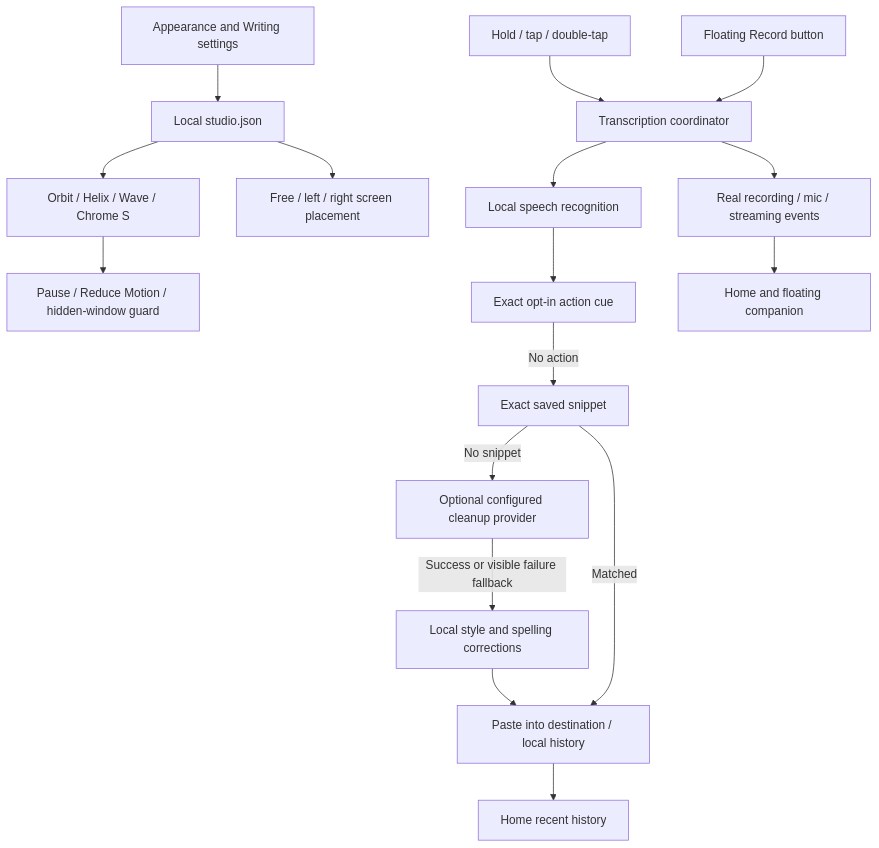
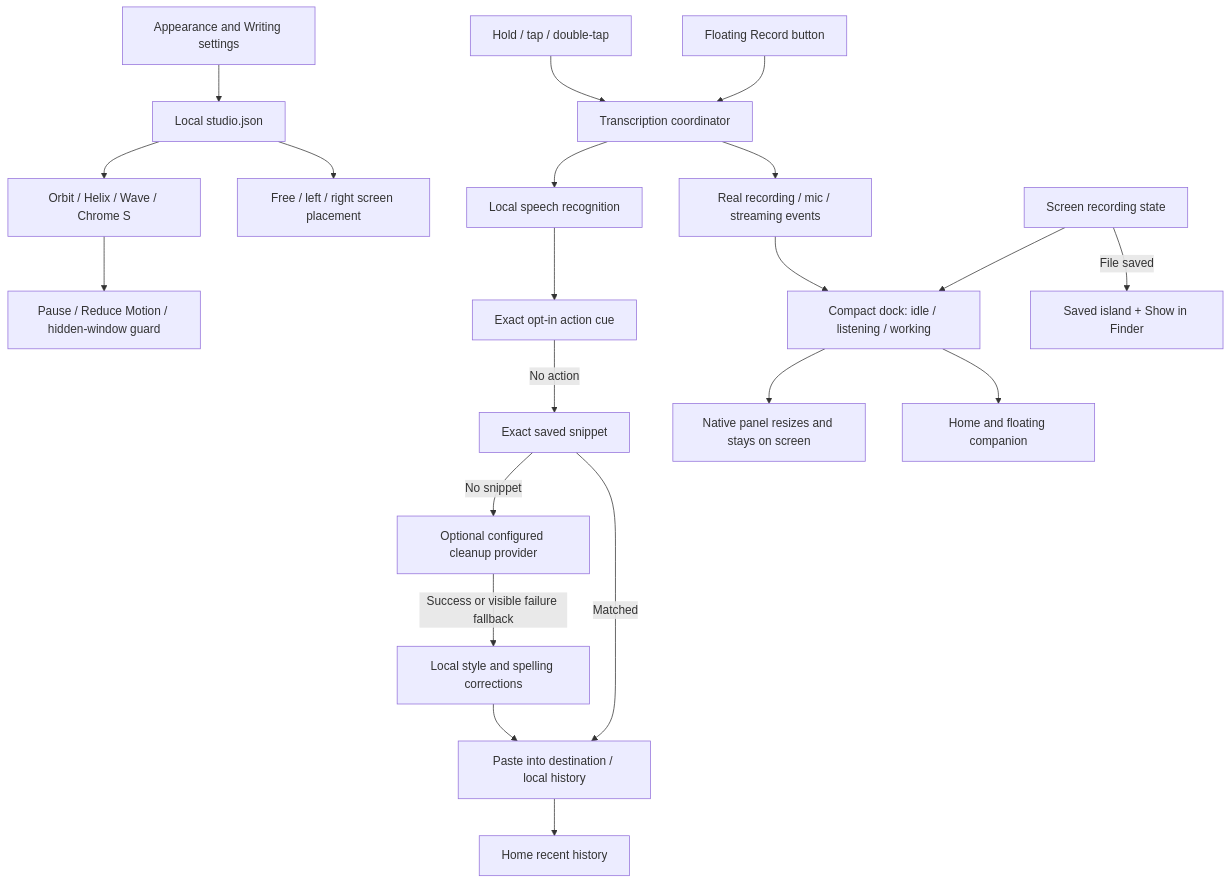
One commit to Dreydrey9000/say-less changed the diagram in docs/diagrams/companion.mmd. Above: the diagram before and after it, drawn with Mermaid. The commit also changed 8 other files, not shown here.

Commit message:
feat: let compact dock expand for real activity

```diff
--- a/docs/diagrams/companion.mmd
+++ b/docs/diagrams/companion.mmd
@@ -1,17 +1,21 @@
 flowchart TD
     Settings[Appearance and Writing settings] --> Store[Local studio.json]
     Store --> Motion[Orbit / Helix / Wave / Chrome S]
     Motion --> Guards[Pause / Reduce Motion / hidden-window guard]
     Store --> Edge[Free / left / right screen placement]
     Keys[Hold / tap / double-tap] --> Coordinator[Transcription coordinator]
     Dock[Floating Record button] --> Coordinator
     Coordinator --> ASR[Local speech recognition]
     ASR --> Actions[Exact opt-in action cue]
     Actions -->|No action| Snippet[Exact saved snippet]
     Snippet -->|No snippet| AI[Optional configured cleanup provider]
     AI -->|Success or visible failure fallback| Format[Local style and spelling corrections]
     Format --> Paste[Paste into destination / local history]
     Snippet -->|Matched| Paste
     Coordinator --> Events[Real recording / mic / streaming events]
-    Events --> Home[Home and floating companion]
+    Events --> Phase[Compact dock: idle / listening / working]
+    Screen[Screen recording state] --> Phase
+    Screen -->|File saved| Saved[Saved island + Show in Finder]
+    Phase --> Window[Native panel resizes and stays on screen]
+    Phase --> Home[Home and floating companion]
     Paste --> Recent[Home recent history]
```
